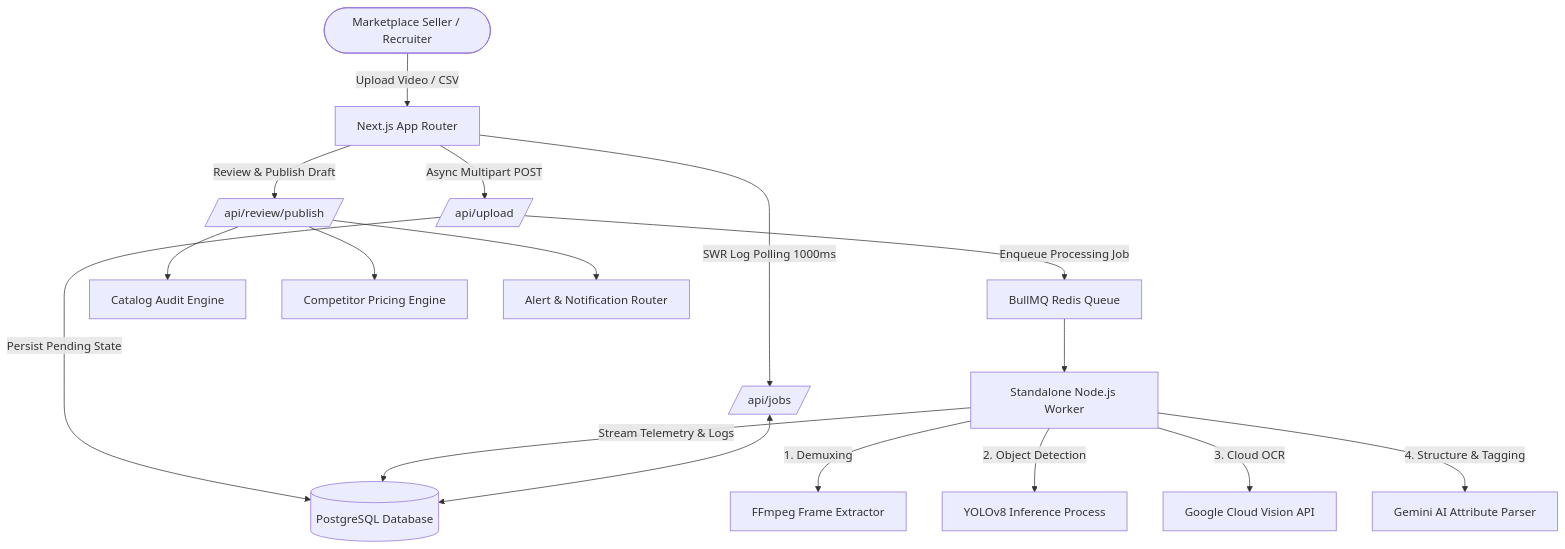
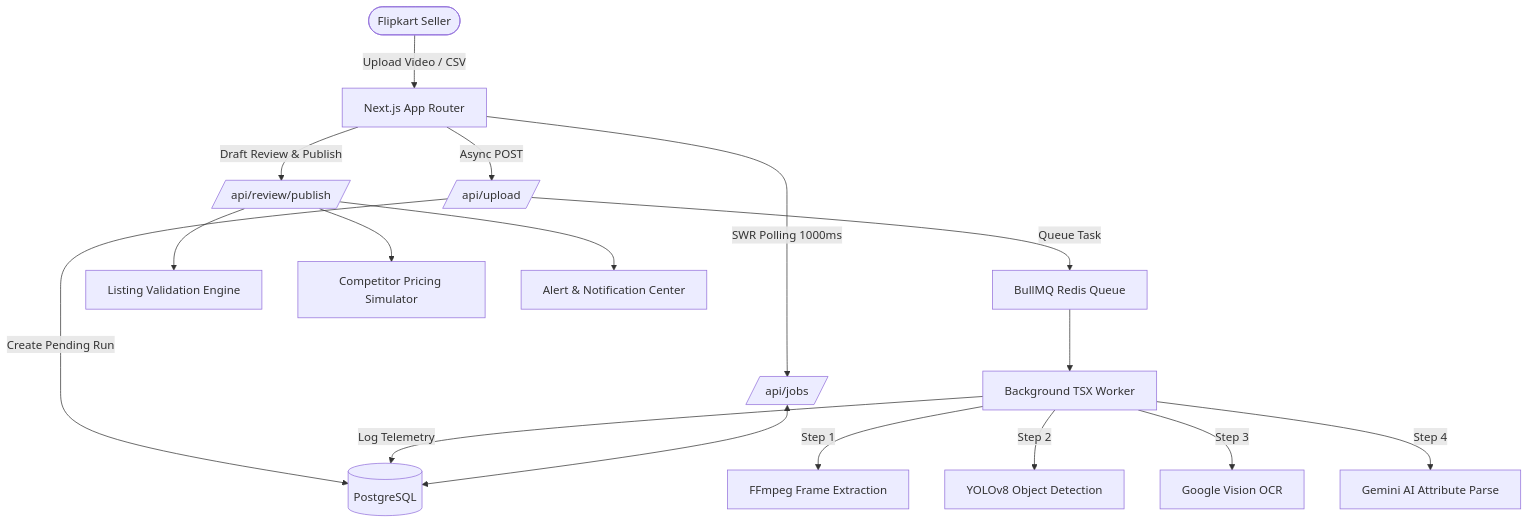
One commit to DhananjaiPS/Assignment-Quant changed the diagram in README.md. Above: the diagram before and after it, drawn with Mermaid. The commit also changed other lines of this file and 1 other file, not shown here.

Commit message:
feat: add default root API handler to resolve /api 404 and link api-docs

````diff
--- a/README.md
+++ b/README.md
@@ -9,25 +13,25 @@
 ```mermaid
 graph TD
-    User([Marketplace Seller / Recruiter]) -->|Upload Video / CSV| UI[Next.js App Router]
+    User([Flipkart Seller]) -->|Upload Video / CSV| UI[Next.js App Router]
     
-    UI -->|Async Multipart POST| API[/api/upload/]
-    API -->|Persist Pending State| DB[(PostgreSQL Database)]
-    API -->|Enqueue Processing Job| RedisQueue[BullMQ Redis Queue]
+    UI -->|Async POST| API[/api/upload/]
+    API -->|Create Pending Run| DB[(PostgreSQL)]
+    API -->|Queue Task| RedisQueue[BullMQ Redis Queue]
     
-    RedisQueue --> Worker[Standalone Node.js Worker]
+    RedisQueue --> Worker[Background TSX Worker]
     
-    Worker -->|1. Demuxing| FFmpeg[FFmpeg Frame Extractor]
-    Worker -->|2. Object Detection| YOLO[YOLOv8 Inference Process]
-    Worker -->|3. Cloud OCR| VisionOCR[Google Cloud Vision API]
-    Worker -->|4. Structure & Tagging| Gemini[Gemini AI Attribute Parser]
-    Worker -->|Stream Telemetry & Logs| DB
+    Worker -->|Step 1| FFmpeg[FFmpeg Frame Extraction]
+    Worker -->|Step 2| YOLO[YOLOv8 Object Detection]
+    Worker -->|Step 3| VisionOCR[Google Vision OCR]
+    Worker -->|Step 4| Gemini[Gemini AI Attribute Parse]
+    Worker -->|Log Telemetry| DB
     
-    UI -->|SWR Log Polling 1000ms| JobAPI[/api/jobs/]
+    UI -->|SWR Polling 1000ms| JobAPI[/api/jobs/]
     JobAPI <--> DB
     
-    UI -->|Review & Publish Draft| PublishAPI[/api/review/publish/]
+    UI -->|Draft Review & Publish| PublishAPI[/api/review/publish/]
     
-    PublishAPI --> Validator[Catalog Audit Engine]
-    PublishAPI --> Repricer[Competitor Pricing Engine]
-    PublishAPI --> AlertEngine[Alert & Notification Router]
+    PublishAPI --> Validator[Listing Validation Engine]
+    PublishAPI --> Repricer[Competitor Pricing Simulator]
+    PublishAPI --> AlertEngine[Alert & Notification Center]
 ```
````
